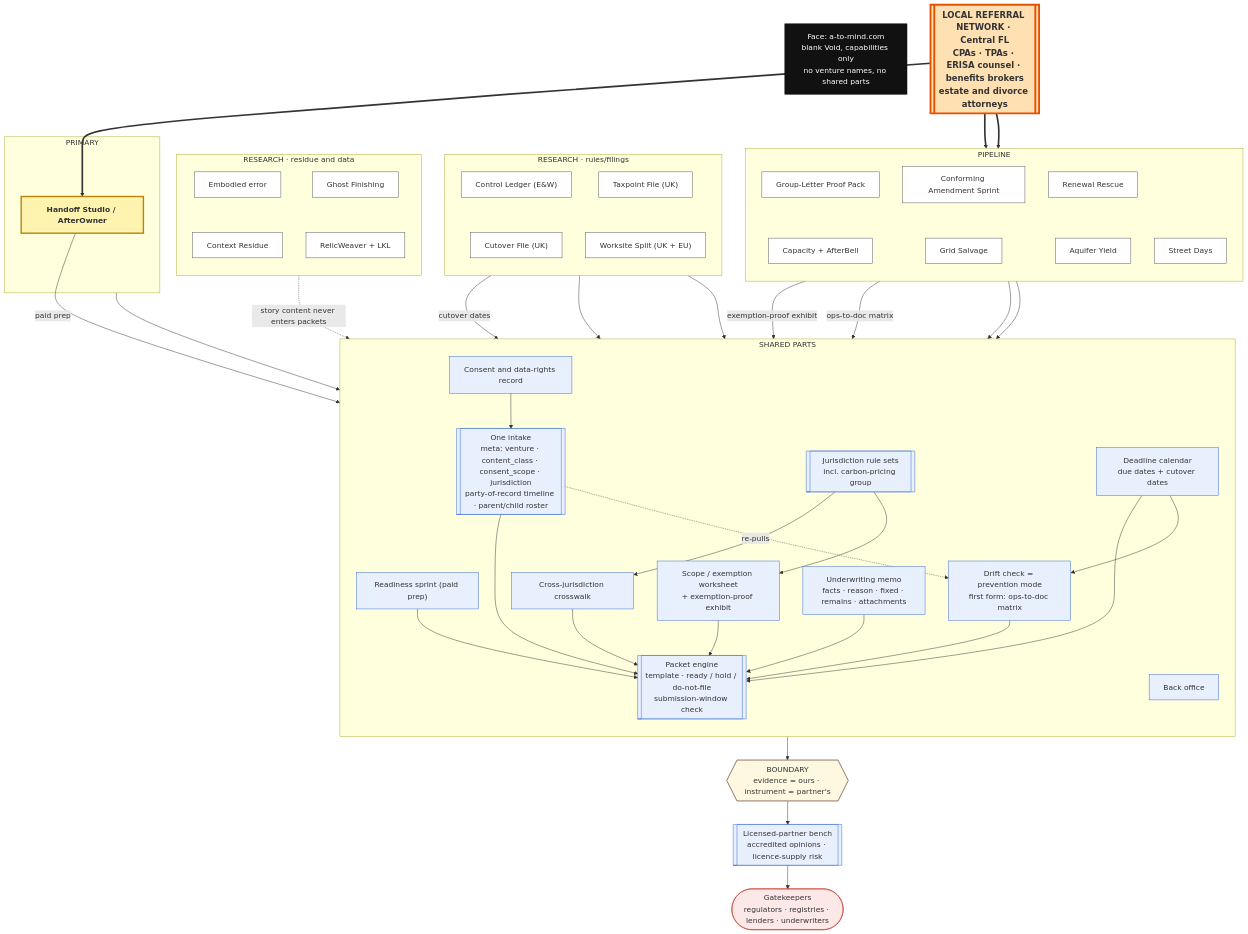
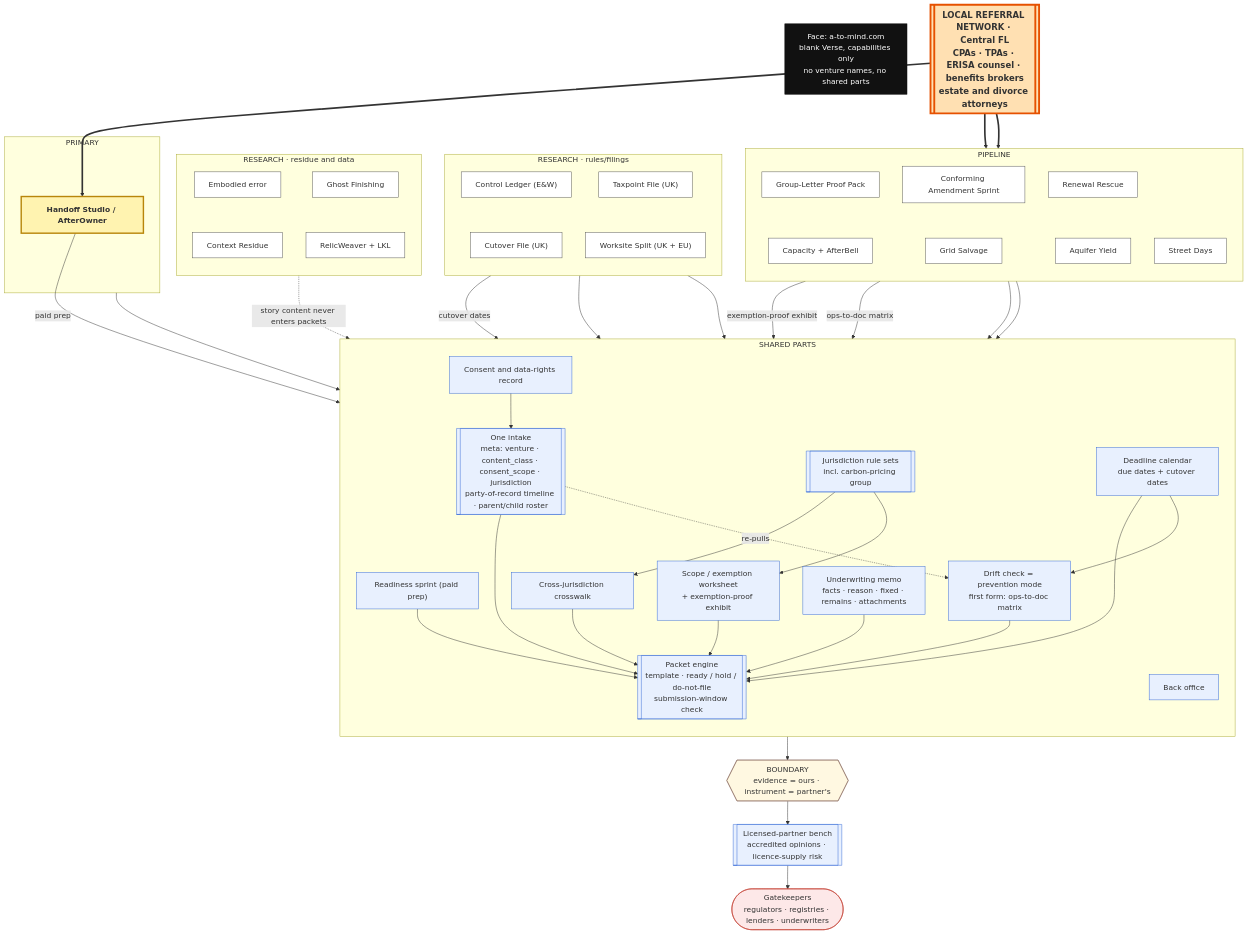
The diagram in domains/A2M.ops.md (atomeam/void-loop), drawn with Mermaid before and after one commit. The commit also changed other lines of this file and 687 other files, not shown here.

First line of the commit message:
Void and V01D are now Verse everywhere people and builders read: the page, skill answers, card titles, tests, tools, workflows and docs (owner: 'Void is now Verse rename everywhere', scope 'truly everything'); asks that said void or v01d still work and old ledger/log lines are untouched

```diff
--- a/domains/A2M.ops.md
+++ b/domains/A2M.ops.md
@@ -122,7 +122,7 @@
 flowchart TB
   %% A-to-Mind shared parts map, redrawn 2026-09-25 (source: A2M.ops.md Shared parts)
 
-  FACE["Face: a-to-mind.com<br/>blank Void, capabilities only<br/>no venture names, no shared parts"]
+  FACE["Face: a-to-mind.com<br/>blank Verse, capabilities only<br/>no venture names, no shared parts"]
 
   NET[["<b>LOCAL REFERRAL NETWORK · Central FL</b><br/>CPAs · TPAs · ERISA counsel · benefits brokers<br/>estate and divorce attorneys"]]
 
```
